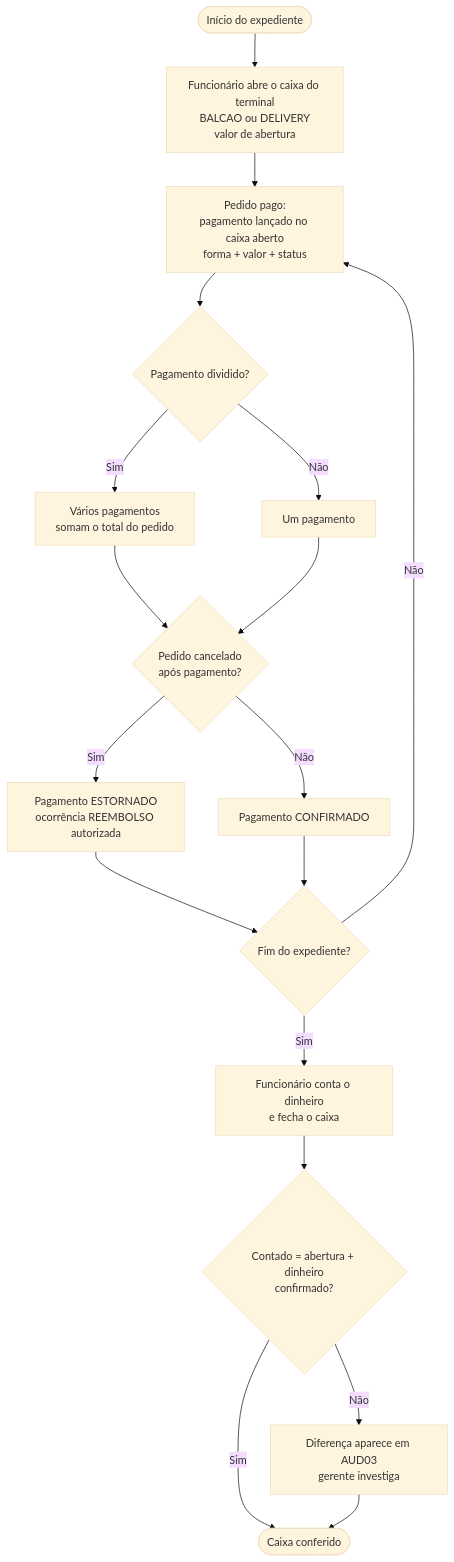
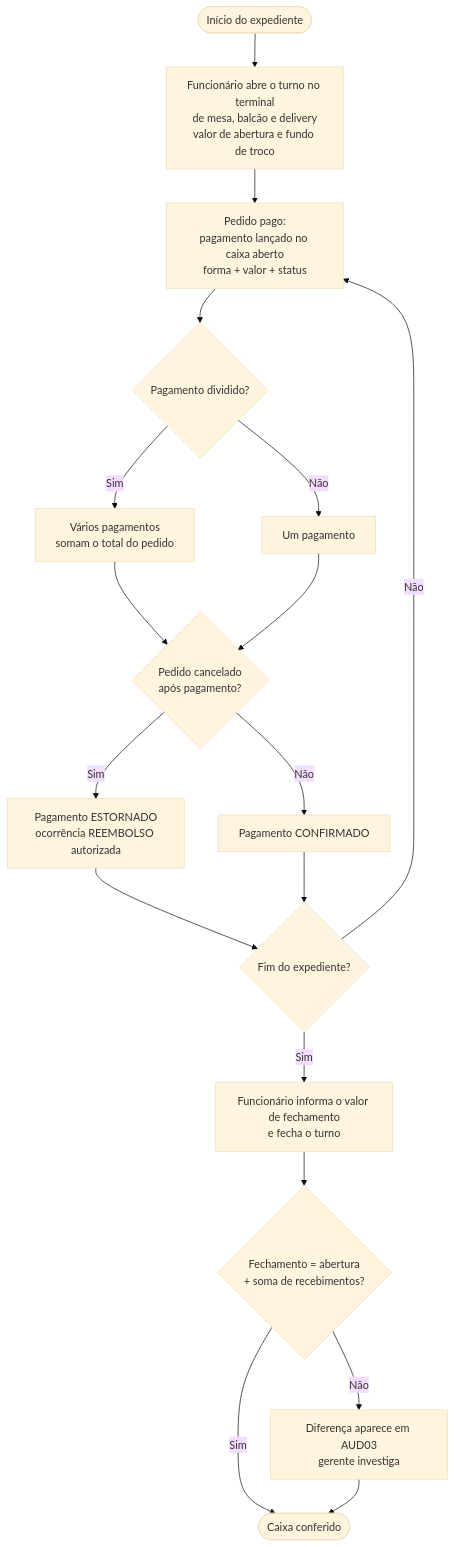
The diagram in docs/diagramas/fluxograma-caixa.mmd (AnnaLuSant/Modelagem-DER-Montararat), drawn with Mermaid (base theme) before and after one commit. The commit also changed 10 other files, not shown here.

```diff
--- a/docs/diagramas/fluxograma-caixa.mmd
+++ b/docs/diagramas/fluxograma-caixa.mmd
@@ -1,18 +1,18 @@
 flowchart TD
-    A([Início do expediente]) --> B[Funcionário abre o caixa do terminal<br/>BALCAO ou DELIVERY<br/>valor de abertura]
+    A([Início do expediente]) --> B[Funcionário abre o turno no terminal<br/>de mesa, balcão e delivery<br/>valor de abertura e fundo de troco]
     B --> C[Pedido pago:<br/>pagamento lançado no caixa aberto<br/>forma + valor + status]
     C --> D{Pagamento dividido?}
     D -- Sim --> E[Vários pagamentos<br/>somam o total do pedido]
     D -- Não --> F[Um pagamento]
     E --> G
     F --> G{Pedido cancelado<br/>após pagamento?}
     G -- Sim --> H[Pagamento ESTORNADO<br/>ocorrência REEMBOLSO autorizada]
     G -- Não --> I[Pagamento CONFIRMADO]
     H --> J
     I --> J{Fim do expediente?}
     J -- Não --> C
-    J -- Sim --> K[Funcionário conta o dinheiro<br/>e fecha o caixa]
-    K --> L{Contado = abertura + dinheiro<br/>confirmado?}
+    J -- Sim --> K[Funcionário informa o valor de fechamento<br/>e fecha o turno]
+    K --> L{Fechamento = abertura<br/>+ soma de recebimentos?}
     L -- Sim --> M([Caixa conferido])
     L -- Não --> N[Diferença aparece em AUD03<br/>gerente investiga]
     N --> M
```
